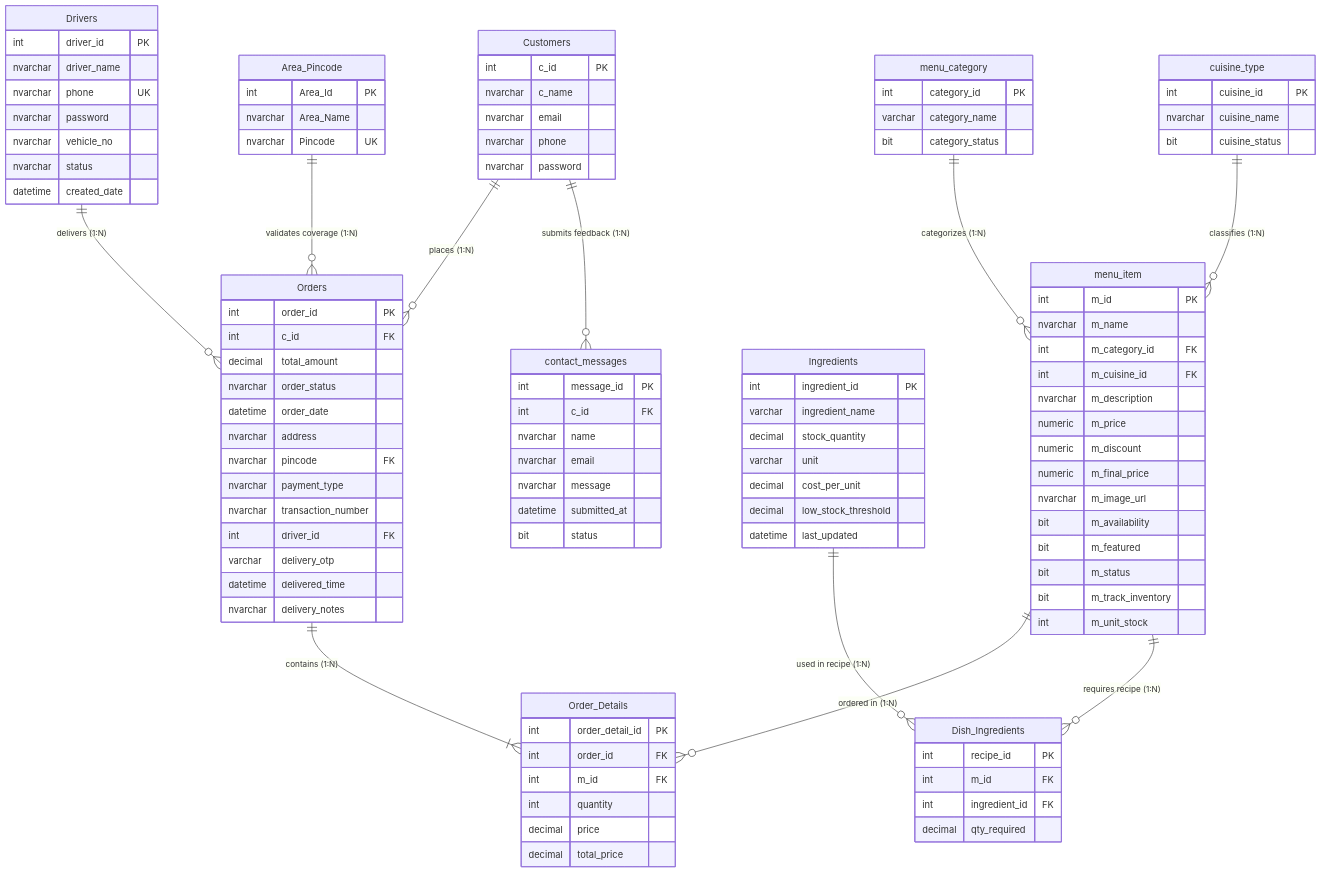
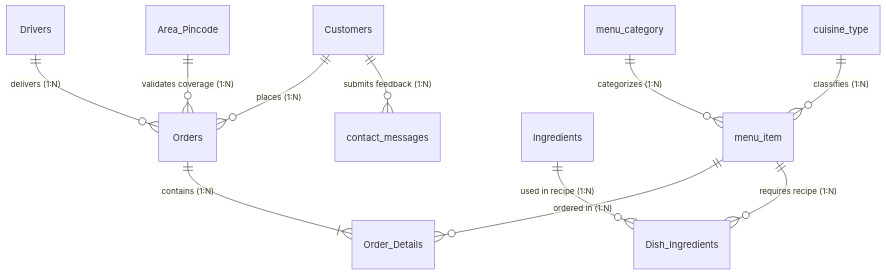
One commit to vinitsonii/Cloud-kitchen-management-system changed the diagram in CLoud Kitchen Project/Cloud Kitchen/docs/4_DATABASE_ENTITIES_AND_SCHEMA.md. Above: the diagram before and after it, drawn with Mermaid. The commit also changed other lines of this file, not shown here.

Commit message:
docs: Detail individual table structures, functional explanations, schemas, and relationships for all 11 database tables

````diff
--- a/CLoud Kitchen Project/Cloud Kitchen/docs/4_DATABASE_ENTITIES_AND_SCHEMA.md
+++ b/CLoud Kitchen Project/Cloud Kitchen/docs/4_DATABASE_ENTITIES_AND_SCHEMA.md
@@ -23,109 +23,4 @@
     menu_item ||--o{ Dish_Ingredients : "requires recipe (1:N)"
     Ingredients ||--o{ Dish_Ingredients : "used in recipe (1:N)"
     Customers ||--o{ contact_messages : "submits feedback (1:N)"
-
-    Customers {
-        int c_id PK
-        nvarchar c_name
-        nvarchar email
-        nvarchar phone
-        nvarchar password
-    }
-
-    Orders {
-        int order_id PK
-        int c_id FK
-        decimal total_amount
-        nvarchar order_status
-        datetime order_date
-        nvarchar address
-        nvarchar pincode FK
-        nvarchar payment_type
-        nvarchar transaction_number
-        int driver_id FK
-        varchar delivery_otp
-        datetime delivered_time
-        nvarchar delivery_notes
-    }
-
-    Order_Details {
-        int order_detail_id PK
-        int order_id FK
-        int m_id FK
-        int quantity
-        decimal price
-        decimal total_price
-    }
-
-    menu_item {
-        int m_id PK
-        nvarchar m_name
-        int m_category_id FK
-        int m_cuisine_id FK
-        nvarchar m_description
-        numeric m_price
-        numeric m_discount
-        numeric m_final_price
-        nvarchar m_image_url
-        bit m_availability
-        bit m_featured
-        bit m_status
-        bit m_track_inventory
-        int m_unit_stock
-    }
-
-    menu_category {
-        int category_id PK
-        varchar category_name
-        bit category_status
-    }
-
-    cuisine_type {
-        int cuisine_id PK
-        nvarchar cuisine_name
-        bit cuisine_status
-    }
-
-    Ingredients {
-        int ingredient_id PK
-        varchar ingredient_name
-        decimal stock_quantity
-        varchar unit
-        decimal cost_per_unit
-        decimal low_stock_threshold
-        datetime last_updated
-    }
-
-    Dish_Ingredients {
-        int recipe_id PK
-        int m_id FK
-        int ingredient_id FK
-        decimal qty_required
-    }
-
-    Area_Pincode {
-        int Area_Id PK
-        nvarchar Area_Name
-        nvarchar Pincode UK
-    }
-
-    Drivers {
-        int driver_id PK
-        nvarchar driver_name
-        nvarchar phone UK
-        nvarchar password
-        nvarchar vehicle_no
-        nvarchar status
-        datetime created_date
-    }
-
-    contact_messages {
-        int message_id PK
-        int c_id FK
-        nvarchar name
-        nvarchar email
-        nvarchar message
-        datetime submitted_at
-        bit status
-    }
 ```
````
